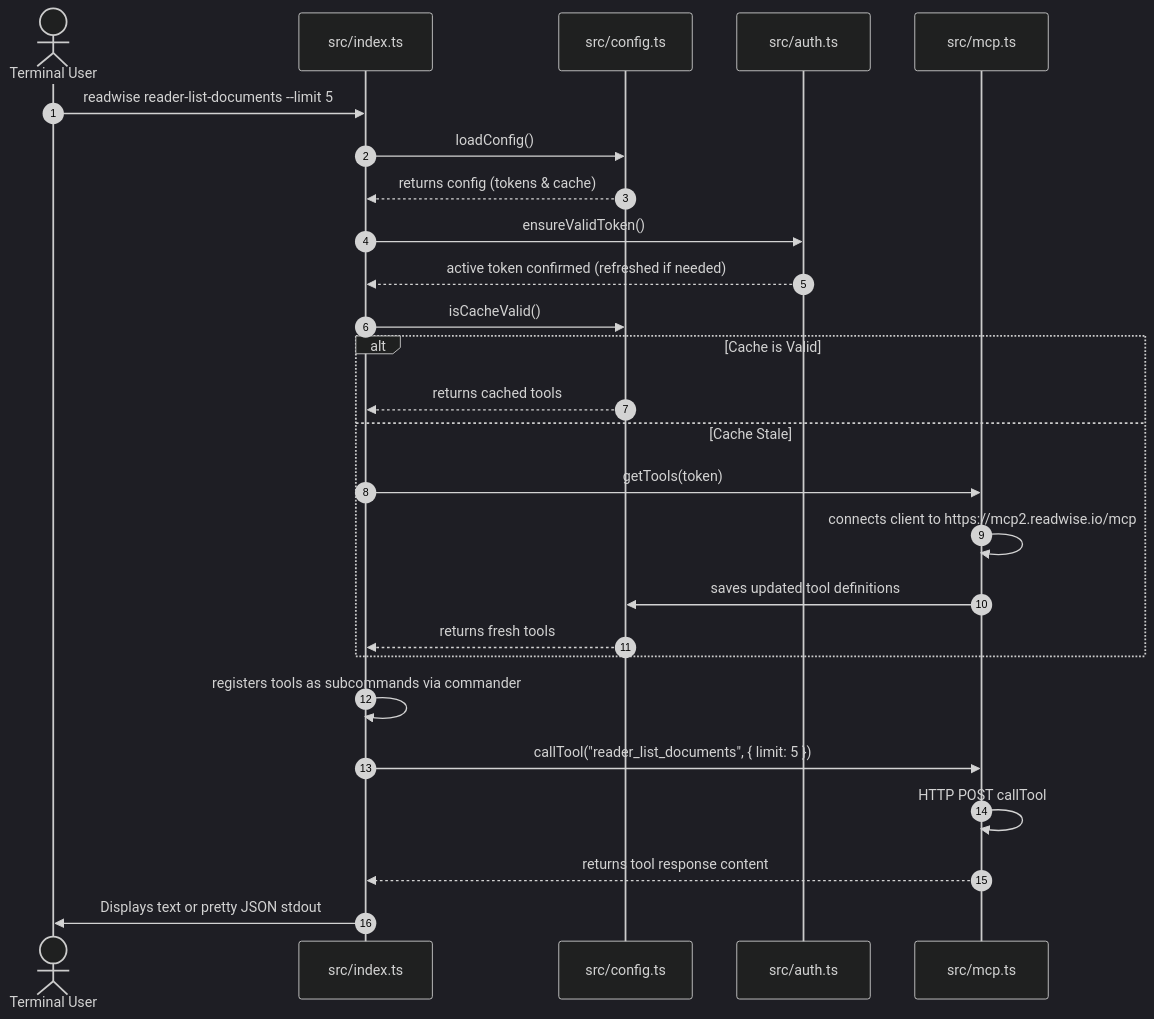
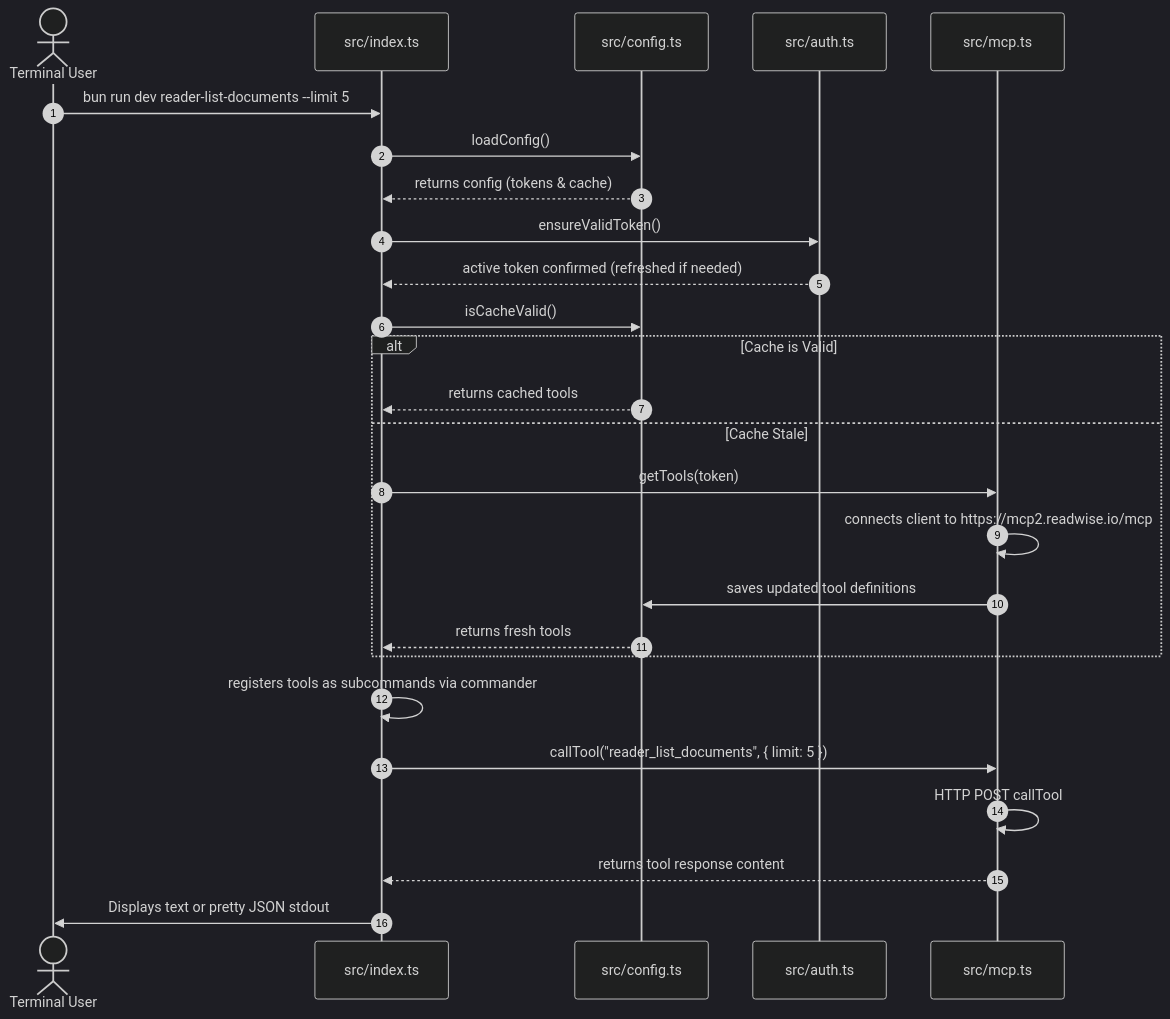
The first of 2 diagrams in AGENTS.md (fblissjr/readwise-cli), drawn with Mermaid (dark theme) before and after one commit. The commit also changed other lines of this file and 1 other file, not shown here.

Commit message:
docs: update command examples to support bun run dev and bun link modes in README and AGENTS playbook

````diff
--- a/AGENTS.md
+++ b/AGENTS.md
@@ -68,29 +68,29 @@
 ```mermaid
 sequenceDiagram
     autonumber
     actor User as Terminal User
     participant CLI as src/index.ts
     participant Config as src/config.ts
     participant Auth as src/auth.ts
     participant MCP as src/mcp.ts
     
-    User->>CLI: readwise reader-list-documents --limit 5
+    User->>CLI: bun run dev reader-list-documents --limit 5
     CLI->>Config: loadConfig()
     Config-->>CLI: returns config (tokens & cache)
     CLI->>Auth: ensureValidToken()
     Auth-->>CLI: active token confirmed (refreshed if needed)
     CLI->>Config: isCacheValid()
     alt Cache is Valid
         Config-->>CLI: returns cached tools
     else Cache Stale
         CLI->>MCP: getTools(token)
         MCP->>MCP: connects client to https://mcp2.readwise.io/mcp
         MCP->>Config: saves updated tool definitions
         Config-->>CLI: returns fresh tools
     end
     CLI->>CLI: registers tools as subcommands via commander
     CLI->>MCP: callTool("reader_list_documents", { limit: 5 })
     MCP->>MCP: HTTP POST callTool
     MCP-->>CLI: returns tool response content
     CLI->>User: Displays text or pretty JSON stdout
 ```
````
